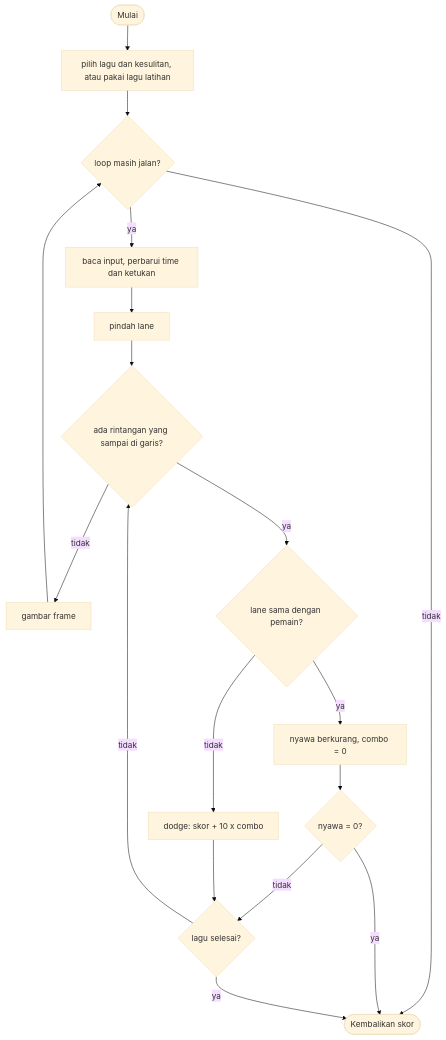
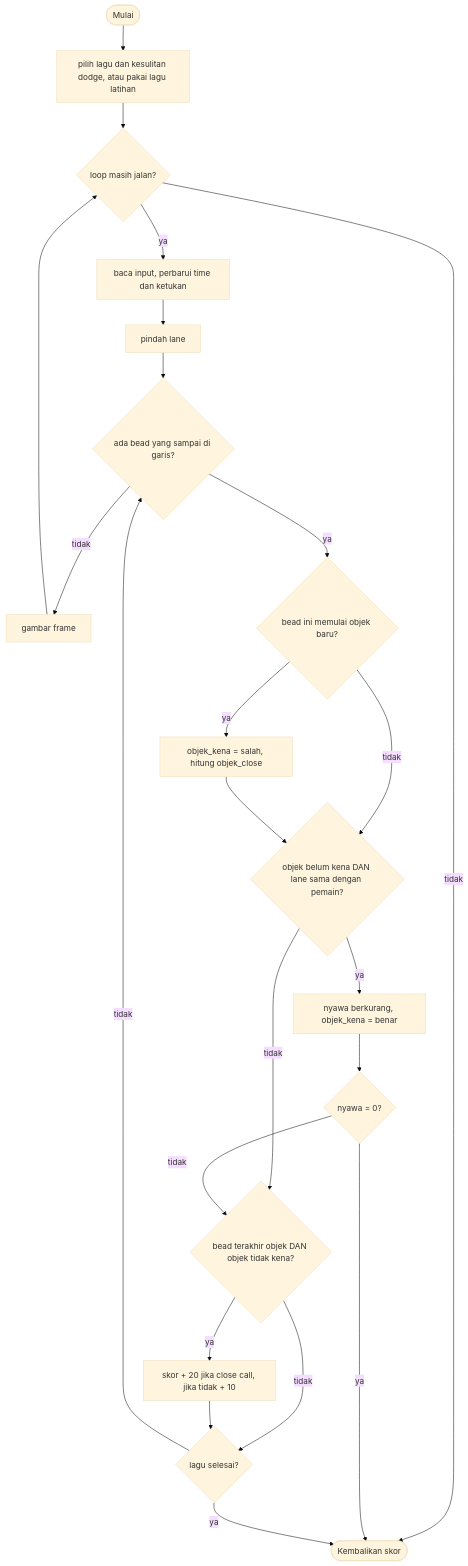
The diagram in games/beat_dodge/GAME.md (zaxx-q/arCade), drawn with Mermaid (base theme) before and after one commit. The commit also changed other lines of this file and 11 other files, not shown here.

````diff
--- a/games/beat_dodge/GAME.md
+++ b/games/beat_dodge/GAME.md
@@ -367,19 +454,24 @@
 ```mermaid
 flowchart TD
-    A([Mulai]) --> B["pilih lagu dan kesulitan, atau pakai lagu latihan"]
+    A([Mulai]) --> B["pilih lagu dan kesulitan dodge, atau pakai lagu latihan"]
     B --> C{"loop masih jalan?"}
     C -- tidak --> Z([Kembalikan skor])
     C -- ya --> D["baca input, perbarui time dan ketukan"]
     D --> E["pindah lane"]
-    E --> F{"ada rintangan yang sampai di garis?"}
+    E --> F{"ada bead yang sampai di garis?"}
     F -- tidak --> J[gambar frame] --> C
-    F -- ya --> G{"lane sama dengan pemain?"}
-    G -- ya --> H["nyawa berkurang, combo = 0"]
-    G -- tidak --> I["dodge: skor + 10 x combo"]
+    F -- ya --> N{"bead ini memulai objek baru?"}
+    N -- ya --> O["objek_kena = salah, hitung objek_close"]
+    N -- tidak --> G
+    O --> G{"objek belum kena DAN lane sama dengan pemain?"}
+    G -- ya --> H["nyawa berkurang, objek_kena = benar"]
+    G -- tidak --> P
     H --> K{"nyawa = 0?"}
     K -- ya --> Z
-    K -- tidak --> L{"lagu selesai?"}
-    I --> L
+    K -- tidak --> P{"bead terakhir objek DAN objek tidak kena?"}
+    P -- ya --> I["skor + 20 jika close call, jika tidak + 10"]
+    P -- tidak --> L
+    I --> L{"lagu selesai?"}
     L -- ya --> Z
     L -- tidak --> F
 ```
````
